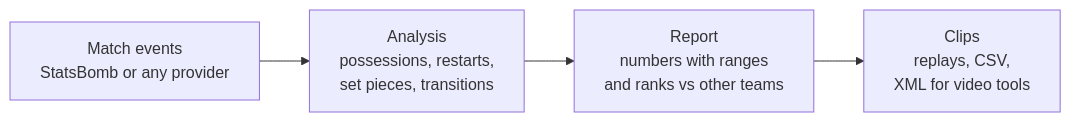
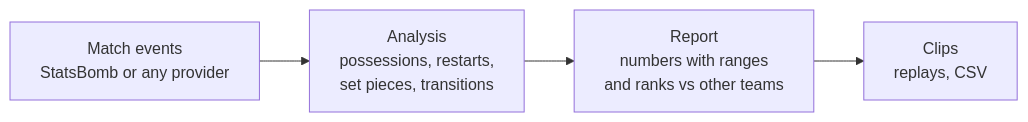
One commit to emanuele-clc/football-opposition-report changed the diagram in README.md. Above: the diagram before and after it, drawn with Mermaid. The commit also changed other lines of this file and 32 other files, not shown here.

````diff
--- a/README.md
+++ b/README.md
@@ -63,6 +63,6 @@
 ```mermaid
 flowchart LR
     A["Match events<br/>StatsBomb or any provider"] --> B["Analysis<br/>possessions, restarts,<br/>set pieces, transitions"]
     B --> C["Report<br/>numbers with ranges<br/>and ranks vs other teams"]
-    C --> D["Clips<br/>replays, CSV,<br/>XML for video tools"]
+    C --> D["Clips<br/>replays, CSV"]
 ```
````
